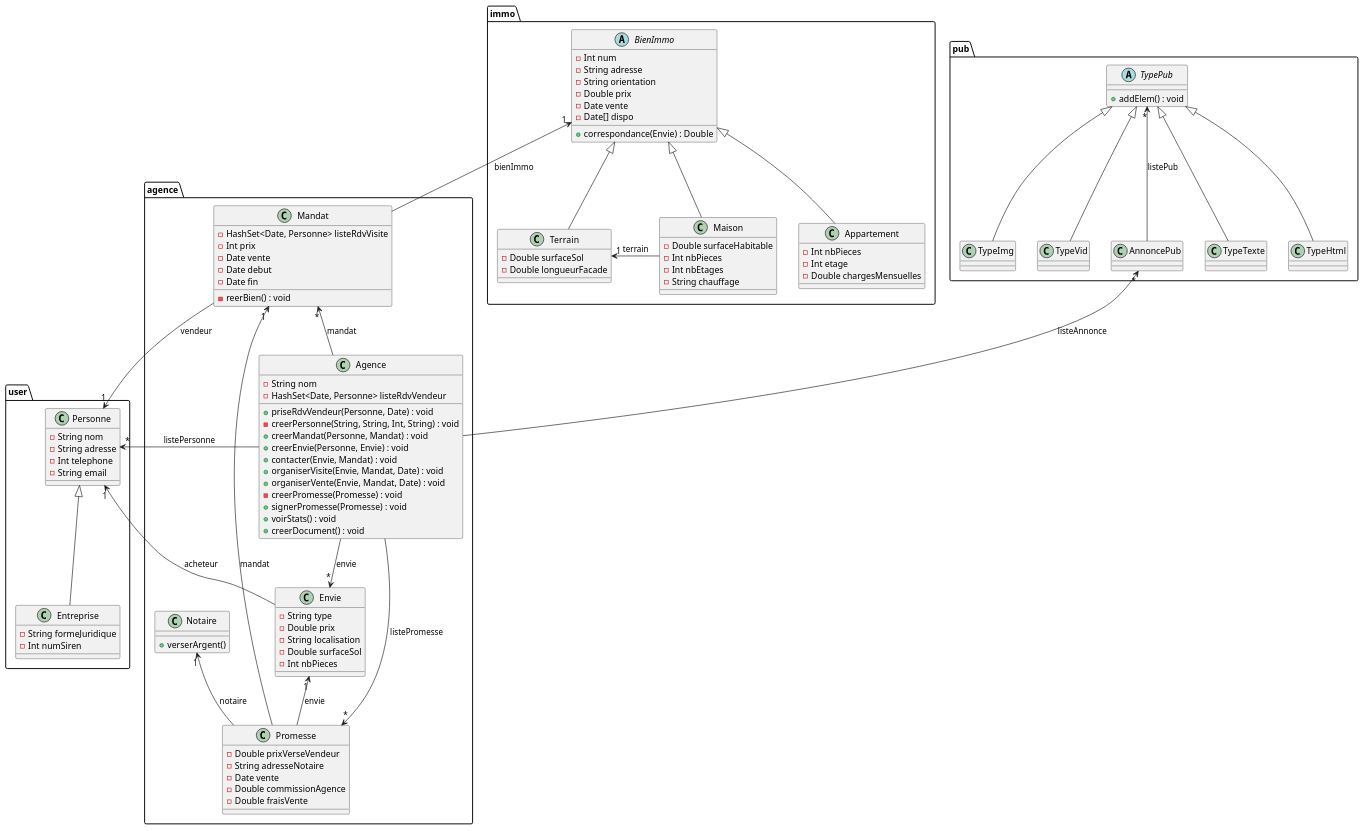
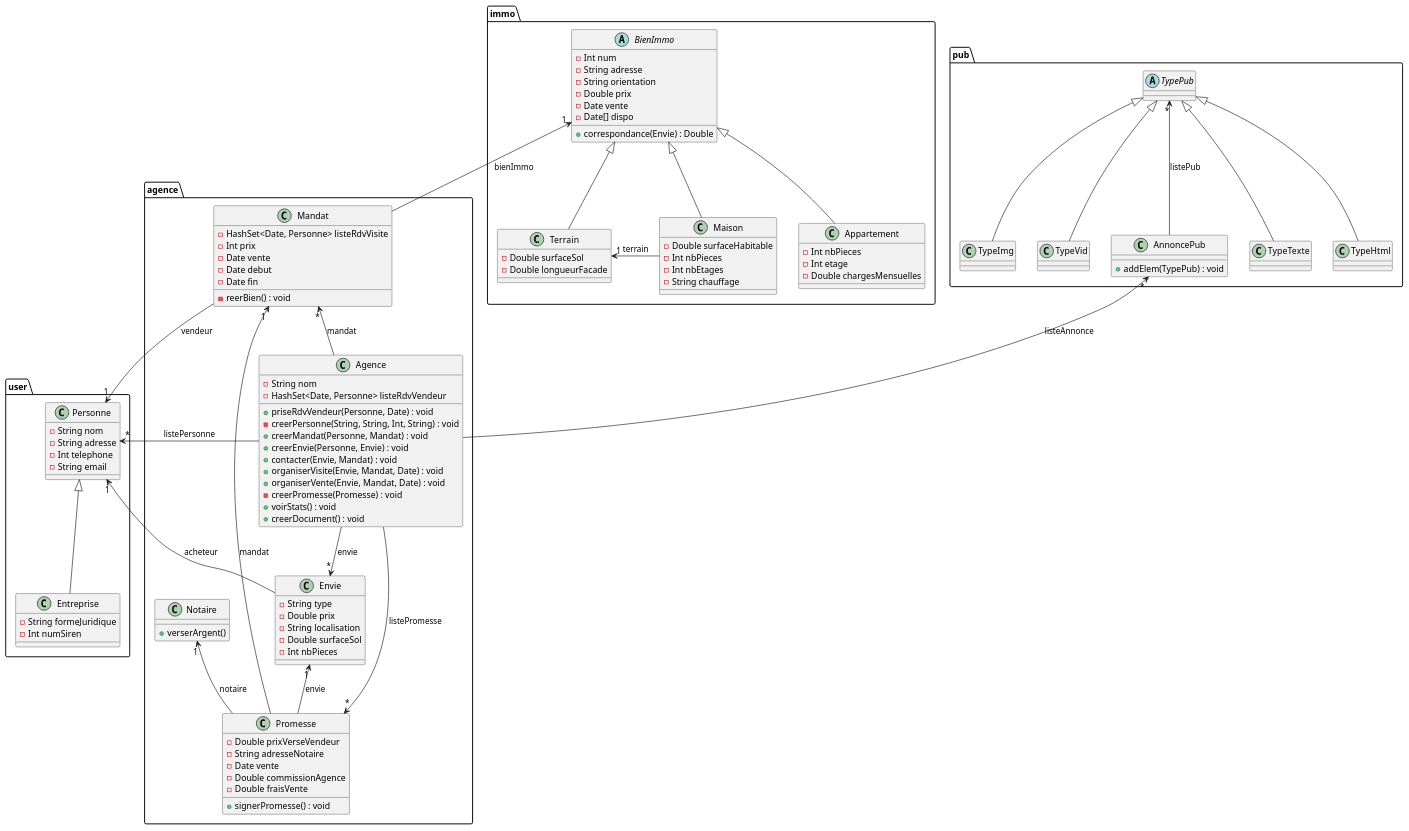
One commit to DenisGuiraudet/MIASHS_UML_PTUT changed the diagram in DOC/UML/diagClass.plantuml. Above: the diagram before and after it, drawn with PlantUML. The commit also changed 2 other files, not shown here.

Commit message:
UML : seq + useCase

```diff
--- a/DOC/UML/diagClass.plantuml
+++ b/DOC/UML/diagClass.plantuml
@@ -2,155 +2,155 @@
 @startuml
 
 package user {
 
   class Personne {
     -String nom
     -String adresse
     -Int telephone
     -String email
   }
 
   class Entreprise {
     -String formeJuridique
     -Int numSiren
   }
 
   Entreprise -up-|> Personne
 
 }
 
 package agence {
 
   class Agence {
     -String nom
     -HashSet<Date, Personne> listeRdvVendeur
     +priseRdvVendeur(Personne, Date) : void
     -creerPersonne(String, String, Int, String) : void
     +creerMandat(Personne, Mandat) : void
     +creerEnvie(Personne, Envie) : void
     +contacter(Envie, Mandat) : void
     +organiserVisite(Envie, Mandat, Date) : void
     +organiserVente(Envie, Mandat, Date) : void
     -creerPromesse(Promesse) : void
-    +signerPromesse(Promesse) : void
     +voirStats() : void
     +creerDocument() : void
   }
 
   Personne "*"<-- Agence : "listePersonne"
 
   class Envie {
     -String type
     -Double prix
     -String localisation
     -Double surfaceSol
     -Int nbPieces
   }
 
   class Mandat {
     -HashSet<Date, Personne> listeRdvVisite
     -Int prix
     -Date vente
     -Date debut
     -Date fin
     - reerBien() : void
   }
 
   Agence -up->"*" Mandat : "mandat"
   Agence -->"*" Envie : "envie"
 
   Envie -->"1" Personne : "acheteur"
   Mandat -->"1" Personne : "vendeur"
 
   class Promesse {
     -Double prixVerseVendeur
     -String adresseNotaire
     -Date vente
     -Double commissionAgence
     -Double fraisVente
+    +signerPromesse() : void
   }
 
   Agence -->"*" Promesse : "listePromesse"
   Mandat "1"<-- Promesse : "mandat"
   Envie "1"<-- Promesse : "envie"
 
   class Notaire {
     +verserArgent()
   }
 
   Notaire "1"<-- Promesse : "notaire"
 
 }
 
 package pub {
 
   class AnnoncePub {
+    +addElem(TypePub) : void
   }
 
   AnnoncePub "*"<-- Agence : "listeAnnonce"
   TypePub "*"<-down- AnnoncePub : "listePub"
 
   abstract class TypePub {
-    +addElem() : void
   }
 
   class TypeTexte {
   }
 
   class TypeHtml {
   }
 
   class TypeImg {
   }
 
   class TypeVid {
   }
 
   TypeTexte -up-|> TypePub
   TypeHtml -up-|> TypePub
   TypeImg -up-|> TypePub
   TypeVid -up-|> TypePub
 
 }
 
 package immo {
 
   abstract class BienImmo {
     -Int num
     -String adresse
     -String orientation
     -Double prix
     -Date vente
     -Date[] dispo
     +correspondance(Envie) : Double
   }
 
   class Terrain {
     -Double surfaceSol
     -Double longueurFacade
   }
 
   class Maison {
     -Double surfaceHabitable
     -Int nbPieces
     -Int nbEtages
     -String chauffage
   }
 
   class Appartement {
     -Int nbPieces
     -Int etage
     -Double chargesMensuelles
   }
 
   BienImmo "1"<-- Mandat : "bienImmo"
 
   Terrain -up-|> BienImmo
   Maison -up-|> BienImmo
   Appartement -up-|> BienImmo
 
   Maison -left->"1" Terrain : "terrain"
 
 }
 
 @enduml
```
